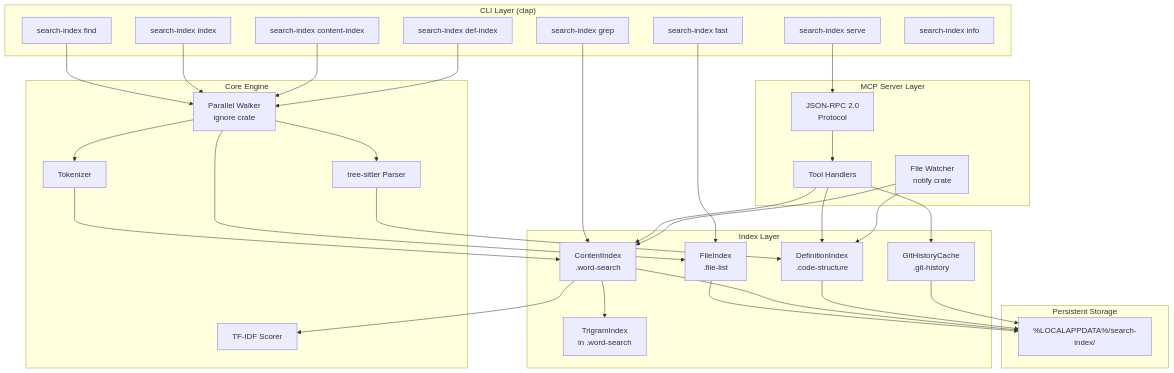
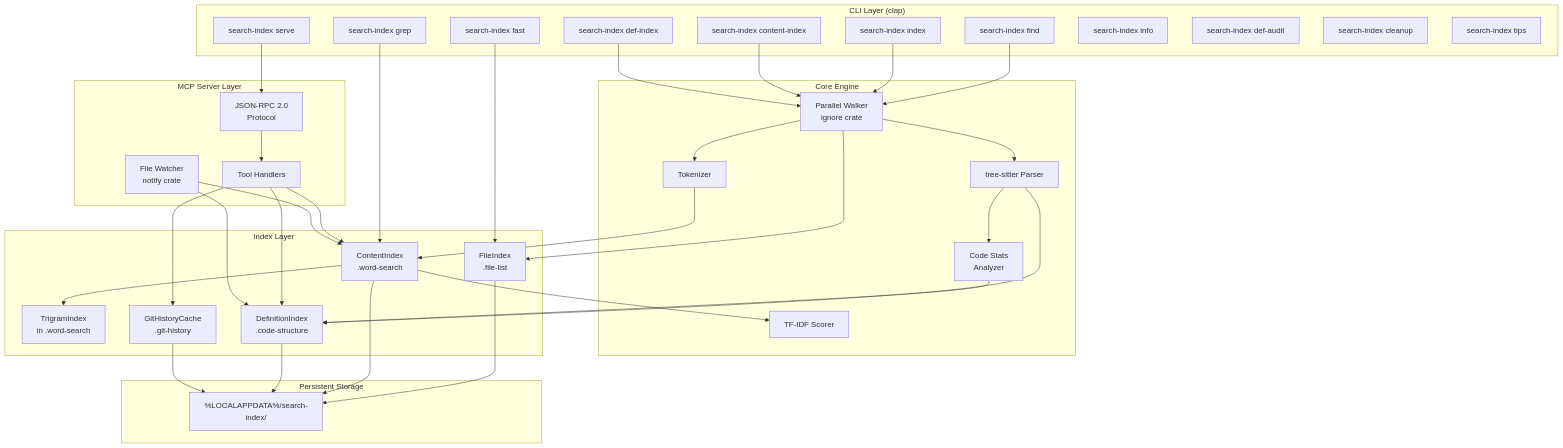
One commit to pustynsky/xray changed the first of 9 diagrams in docs/architecture.md. Above: the diagram before and after it, drawn with Mermaid. The commit also changed other lines of this file and 6 other files, not shown here.

````diff
--- a/docs/architecture.md
+++ b/docs/architecture.md
@@ -7,55 +7,60 @@
 ```mermaid
 graph TB
     subgraph CLI["CLI Layer (clap)"]
         FIND[search-index find]
         INDEX[search-index index]
         FAST[search-index fast]
         CIDX[search-index content-index]
         GREP[search-index grep]
         DIDX[search-index def-index]
         SERVE[search-index serve]
         INFO[search-index info]
+        DAUD[search-index def-audit]
+        CLEAN[search-index cleanup]
+        TIPS[search-index tips]
     end
 
     subgraph Core["Core Engine"]
         WALK[Parallel Walker<br/>ignore crate]
         TOK[Tokenizer]
         TFIDF[TF-IDF Scorer]
         TSP[tree-sitter Parser]
+        CSTATS[Code Stats<br/>Analyzer]
     end
 
     subgraph Indexes["Index Layer"]
         FI[FileIndex<br/>.file-list]
         CI[ContentIndex<br/>.word-search]
         TRI[TrigramIndex<br/>in .word-search]
         DI[DefinitionIndex<br/>.code-structure]
         GC[GitHistoryCache<br/>.git-history]
     end
 
     subgraph MCP["MCP Server Layer"]
         PROTO[JSON-RPC 2.0<br/>Protocol]
         HAND[Tool Handlers]
         WATCH[File Watcher<br/>notify crate]
     end
 
     subgraph Storage["Persistent Storage"]
         DISK["%LOCALAPPDATA%/search-index/"]
     end
 
     FIND --> WALK
     INDEX --> WALK --> FI
     CIDX --> WALK --> TOK --> CI --> TRI
     DIDX --> WALK --> TSP --> DI
+    TSP --> CSTATS --> DI
     FAST --> FI
     GREP --> CI --> TFIDF
     SERVE --> PROTO --> HAND
     HAND --> CI
     HAND --> DI
     HAND --> GC
     WATCH --> CI
     WATCH --> DI
     FI --> DISK
     CI --> DISK
     DI --> DISK
     GC --> DISK
 ```
````
